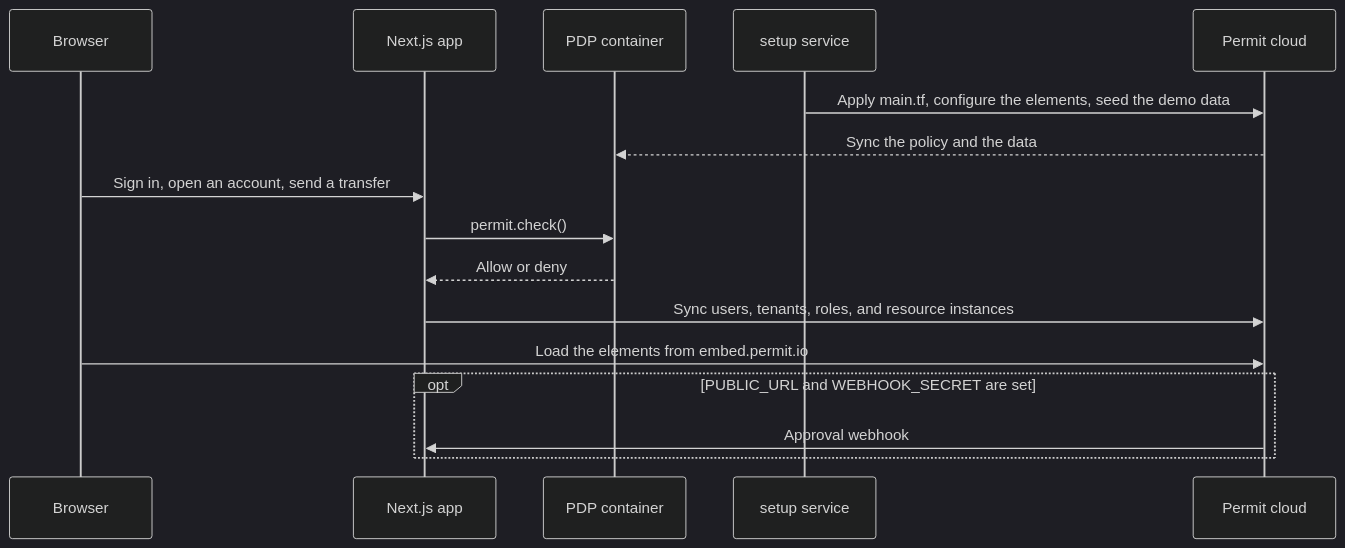
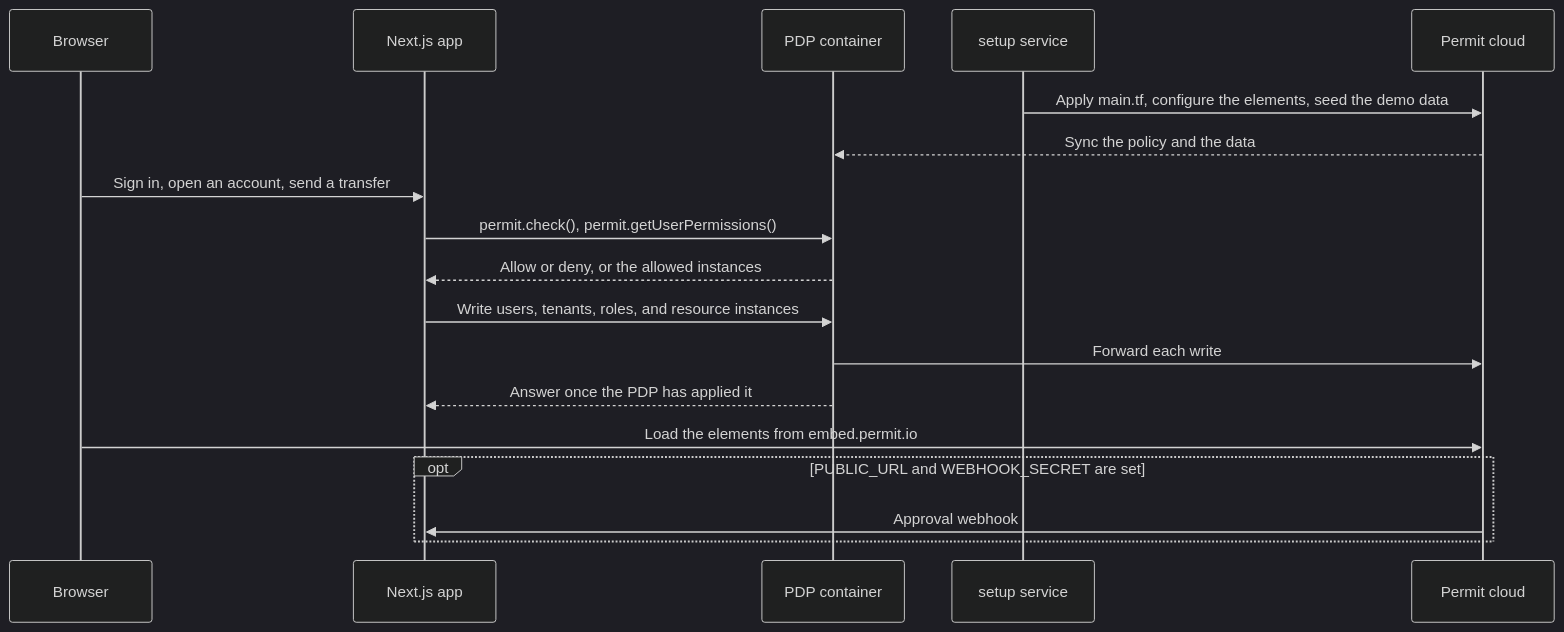
Before and after one commit to permitio/docs: the second of 2 diagrams in docs/modeling/mesa-verde.mdx, drawn with Mermaid (dark theme). The commit also changed other lines of this file and 2 other files, not shown here.

First line of the commit message:
Update Mesa Verde for received transfers and PDP writes

````diff
--- a/docs/modeling/mesa-verde.mdx
+++ b/docs/modeling/mesa-verde.mdx
@@ -185,18 +185,20 @@
 ```mermaid
 sequenceDiagram
   participant Browser
   participant App as Next.js app
   participant PDP as PDP container
   participant Setup as setup service
   participant Permit as Permit cloud
   Setup->>Permit: Apply main.tf, configure the elements, seed the demo data
   Permit-->>PDP: Sync the policy and the data
   Browser->>App: Sign in, open an account, send a transfer
-  App->>PDP: permit.check()
-  PDP-->>App: Allow or deny
-  App->>Permit: Sync users, tenants, roles, and resource instances
+  App->>PDP: permit.check(), permit.getUserPermissions()
+  PDP-->>App: Allow or deny, or the allowed instances
+  App->>PDP: Write users, tenants, roles, and resource instances
+  PDP->>Permit: Forward each write
+  PDP-->>App: Answer once the PDP has applied it
   Browser->>Permit: Load the elements from embed.permit.io
   opt PUBLIC_URL and WEBHOOK_SECRET are set
     Permit->>App: Approval webhook
   end
 ```
````
